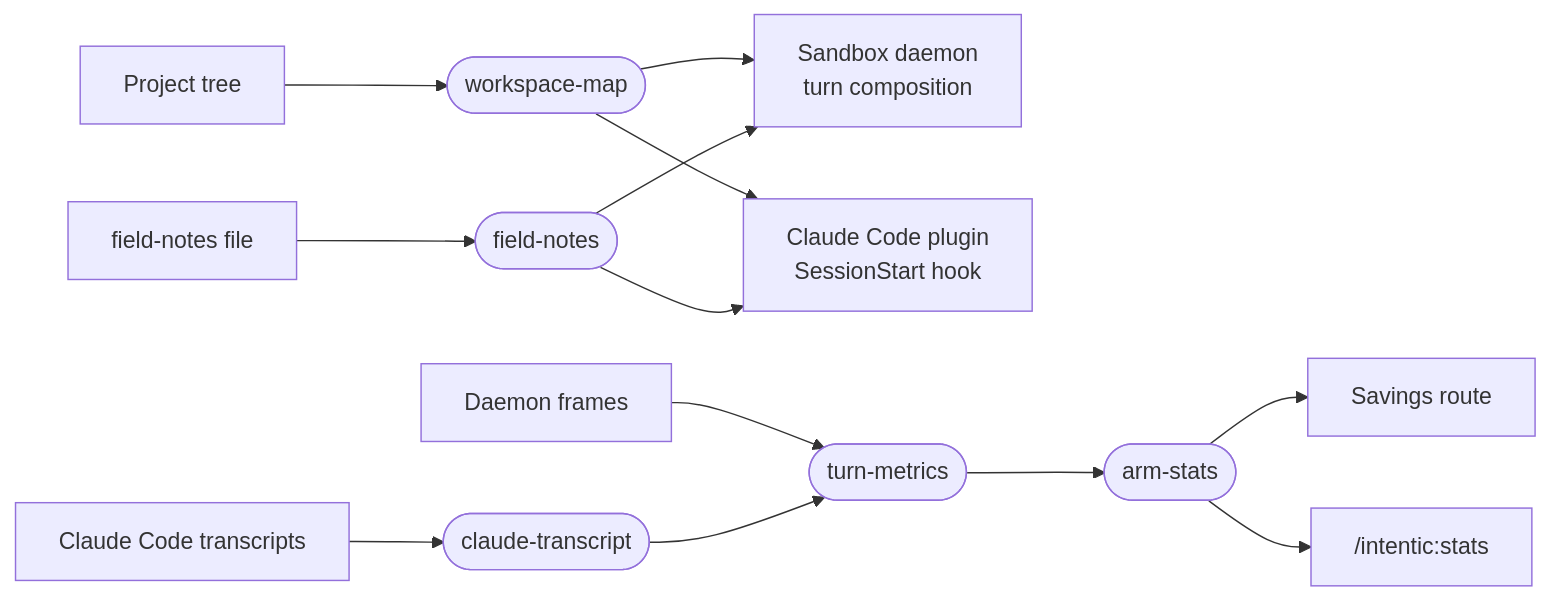
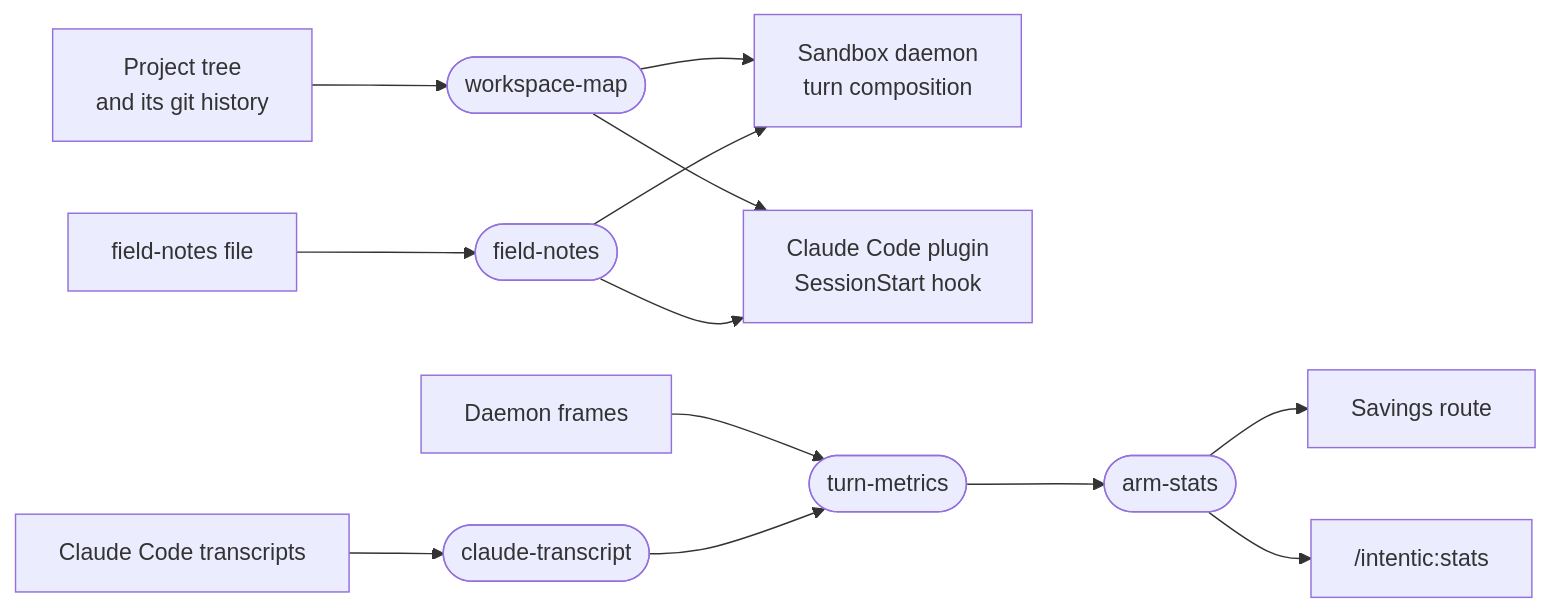
The diagram in _sandbox/agent-context/README.md (intentic/intentic), drawn with Mermaid before and after one commit. The commit also changed other lines of this file and 77 other files, not shown here.

````diff
--- a/_sandbox/agent-context/README.md
+++ b/_sandbox/agent-context/README.md
@@ -5,14 +5,14 @@
 ```mermaid
 flowchart LR
-    tree["Project tree"] --> map(["workspace-map"])
+    tree["Project tree<br/>and its git history"] --> map(["workspace-map"])
     notes["field-notes file"] --> reader(["field-notes"])
     map --> daemon["Sandbox daemon<br/>turn composition"]
     reader --> daemon
     map --> plugin["Claude Code plugin<br/>SessionStart hook"]
     reader --> plugin
     frames["Daemon frames"] --> metrics(["turn-metrics"])
     transcripts["Claude Code transcripts"] --> reader2(["claude-transcript"]) --> metrics
     metrics --> stats(["arm-stats"])
     stats --> savings["Savings route"]
     stats --> report["/intentic:stats"]
 ```
````
